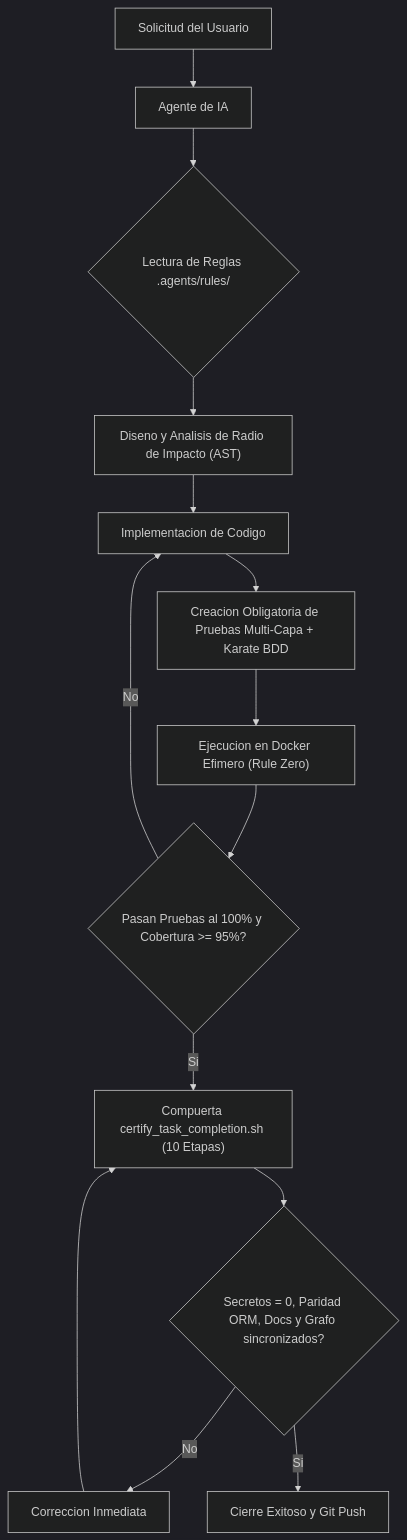
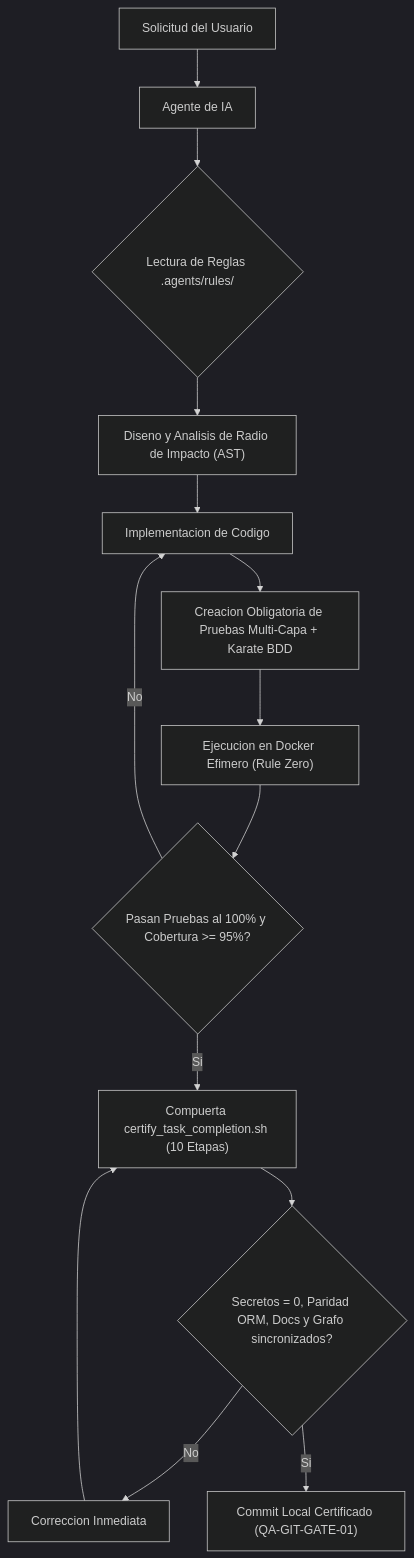
One commit to tecno-consultores/qa-testing-blueprints changed the diagram in docs/01_ARQUITECTURA_Y_GOBERNANZA_AGENTES_IA.md. Above: the diagram before and after it, drawn with Mermaid (dark theme). The commit also changed other lines of this file and 120 other files, not shown here.

````diff
--- a/docs/01_ARQUITECTURA_Y_GOBERNANZA_AGENTES_IA.md
+++ b/docs/01_ARQUITECTURA_Y_GOBERNANZA_AGENTES_IA.md
@@ -12,16 +12,16 @@
 ```mermaid
 flowchart TD
     A["Solicitud del Usuario"] --> B["Agente de IA"]
     B --> C{"Lectura de Reglas .agents/rules/"}
     C --> D["Diseno y Analisis de Radio de Impacto (AST)"]
     D --> E["Implementacion de Codigo"]
     E --> F["Creacion Obligatoria de Pruebas Multi-Capa + Karate BDD"]
     F --> G["Ejecucion en Docker Efimero (Rule Zero)"]
     G --> H{"Pasan Pruebas al 100% y Cobertura >= 95%?"}
     H -->|"No"| E
     H -->|"Si"| I["Compuerta certify_task_completion.sh (10 Etapas)"]
     I --> J{"Secretos = 0, Paridad ORM, Docs y Grafo sincronizados?"}
     J -->|"No"| K["Correccion Inmediata"]
     K --> I
-    J -->|"Si"| L["Cierre Exitoso y Git Push"]
+    J -->|"Si"| L["Commit Local Certificado (QA-GIT-GATE-01)"]
 ```
````
